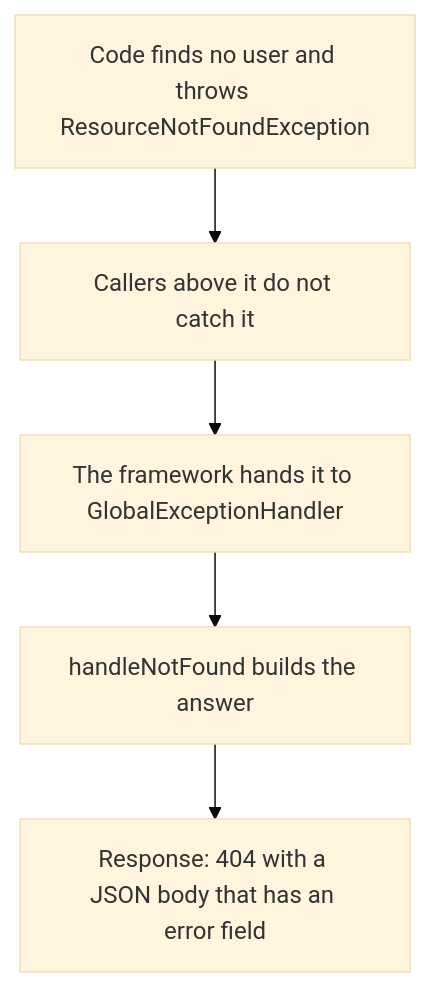
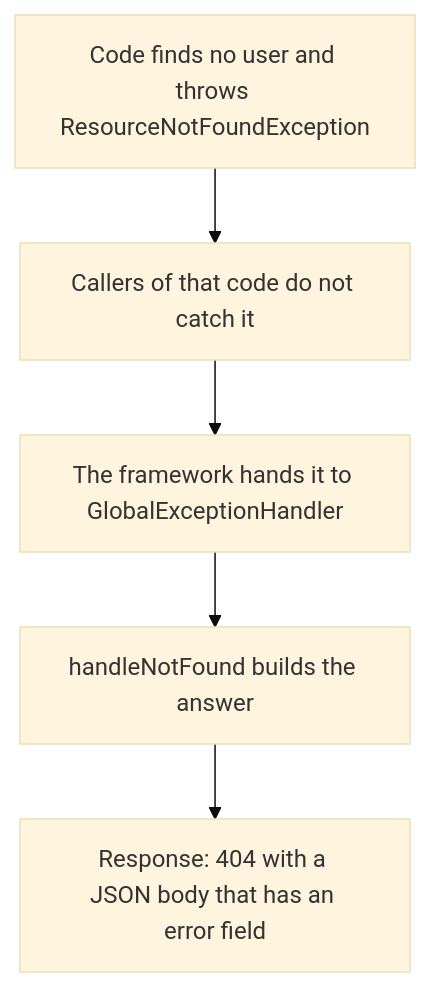
One commit to Sriram-Codes-SW/secure-doc-viewer changed the third of 3 diagrams in book/part-1-foundations/05-collections-and-exceptions.md. Above: the diagram before and after it, drawn with Mermaid (base theme). The commit also changed other lines of this file and 102 other files, not shown here.

````diff
--- a/book/part-1-foundations/05-collections-and-exceptions.md
+++ b/book/part-1-foundations/05-collections-and-exceptions.md
@@ -336,7 +340,7 @@
 ```mermaid
 flowchart TB
-    A["Code finds no user and throws ResourceNotFoundException"] --> B["Callers above it do not catch it"]
+    A["Code finds no user and throws ResourceNotFoundException"] --> B["Callers of that code do not catch it"]
     B --> C["The framework hands it to GlobalExceptionHandler"]
     C --> D["handleNotFound builds the answer"]
     D --> E["Response: 404 with a JSON body that has an error field"]
 ```
````
